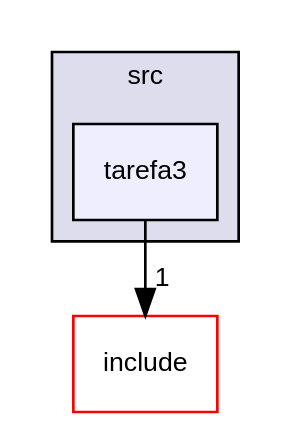
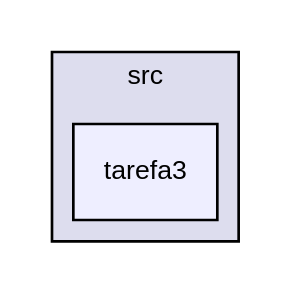
The diagram in doc/dir_6411b01aef34fd18fbfc8a499a7f0c78_dep.dot (EduardoRique/lab6), drawn with Graphviz before and after one commit. The commit also changed 75 other files, not shown here.

```diff
--- a/doc/dir_6411b01aef34fd18fbfc8a499a7f0c78_dep.dot
+++ b/doc/dir_6411b01aef34fd18fbfc8a499a7f0c78_dep.dot
@@ -1,11 +1,9 @@
 digraph "src/tarefa3" {
   compound=true
   node [ fontsize="10", fontname="Helvetica"];
   edge [ labelfontsize="10", labelfontname="Helvetica"];
   subgraph clusterdir_68267d1309a1af8e8297ef4c3efbcdba {
     graph [ bgcolor="#ddddee", pencolor="black", label="src" fontname="Helvetica", fontsize="10", URL="dir_68267d1309a1af8e8297ef4c3efbcdba.html"]
   dir_6411b01aef34fd18fbfc8a499a7f0c78 [shape=box, label="tarefa3", style="filled", fillcolor="#eeeeff", pencolor="black", URL="dir_6411b01aef34fd18fbfc8a499a7f0c78.html"];
   }
-  dir_d44c64559bbebec7f509842c48db8b23 [shape=box label="include" fillcolor="white" style="filled" color="red" URL="dir_d44c64559bbebec7f509842c48db8b23.html"];
-  dir_6411b01aef34fd18fbfc8a499a7f0c78->dir_d44c64559bbebec7f509842c48db8b23 [headlabel="1", labeldistance=1.5 headhref="dir_000007_000000.html"];
 }
```
